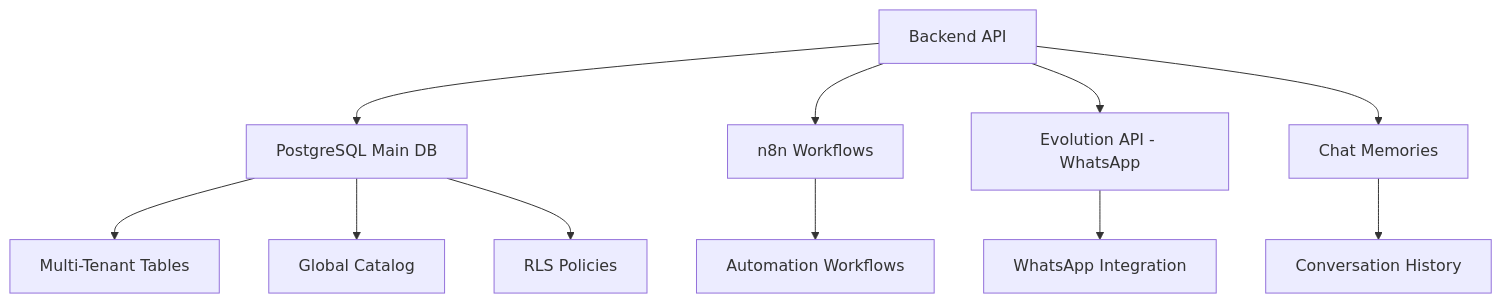
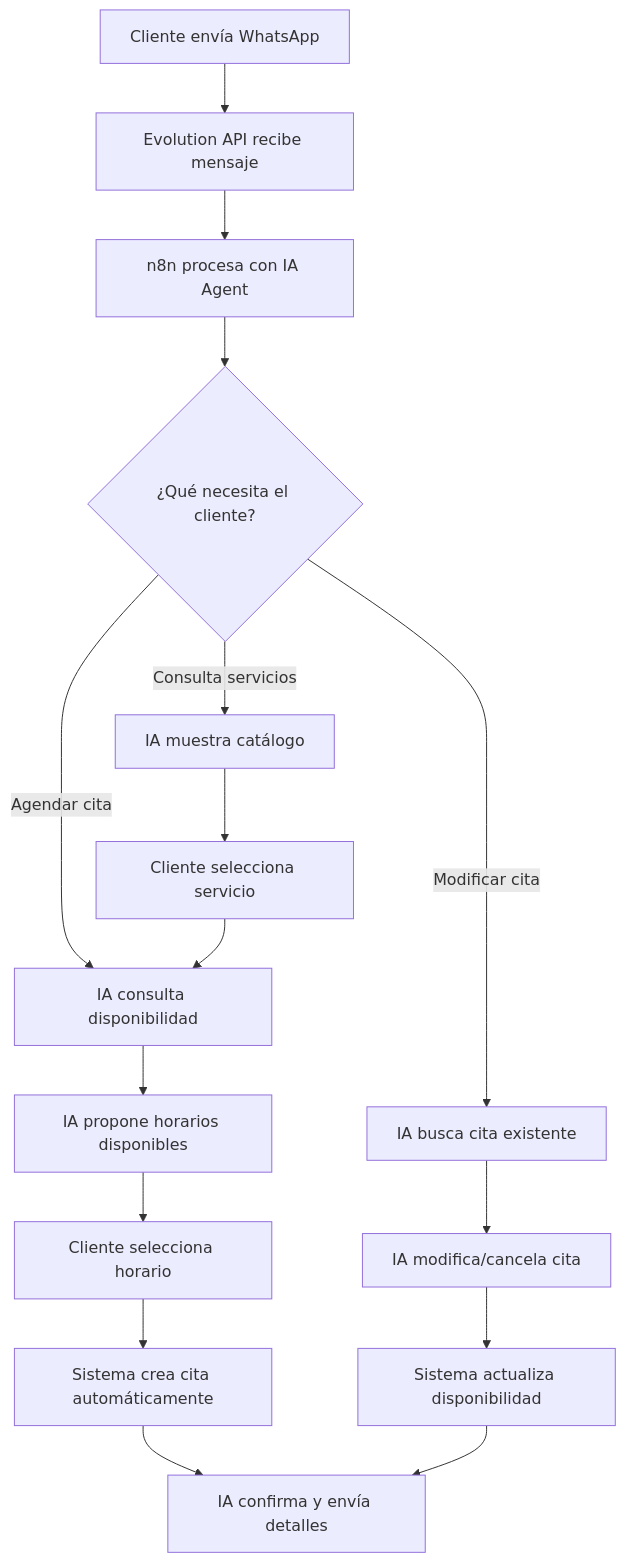
One commit to KikeTorillo/n8nAutomatizaciones changed the first of 8 diagrams in sql/README.md. Above: the diagram before and after it, drawn with Mermaid. The commit also changed other lines of this file and 102 other files, not shown here.

````diff
--- a/sql/README.md
+++ b/sql/README.md
@@ -24,15 +14,22 @@
 ```mermaid
-graph TB
-    A[Backend API] --> B[PostgreSQL Main DB]
-    A --> C[n8n Workflows]
-    A --> D[Evolution API - WhatsApp]
-    A --> E[Chat Memories]
+graph TD
+    A[Cliente envía WhatsApp] --> B[Evolution API recibe mensaje]
+    B --> C[n8n procesa con IA Agent]
+    C --> D{¿Qué necesita el cliente?}
 
-    B --> F[Multi-Tenant Tables]
-    B --> G[Global Catalog]
-    B --> H[RLS Policies]
+    D -->|Agendar cita| E[IA consulta disponibilidad]
+    D -->|Consulta servicios| F[IA muestra catálogo]
+    D -->|Modificar cita| G[IA busca cita existente]
 
-    C --> I[Automation Workflows]
-    D --> J[WhatsApp Integration]
-    E --> K[Conversation History]
+    E --> H[IA propone horarios disponibles]
+    H --> I[Cliente selecciona horario]
+    I --> J[Sistema crea cita automáticamente]
+    J --> K[IA confirma y envía detalles]
+
+    F --> L[Cliente selecciona servicio]
+    L --> E
+
+    G --> M[IA modifica/cancela cita]
+    M --> N[Sistema actualiza disponibilidad]
+    N --> K
 ```
````
